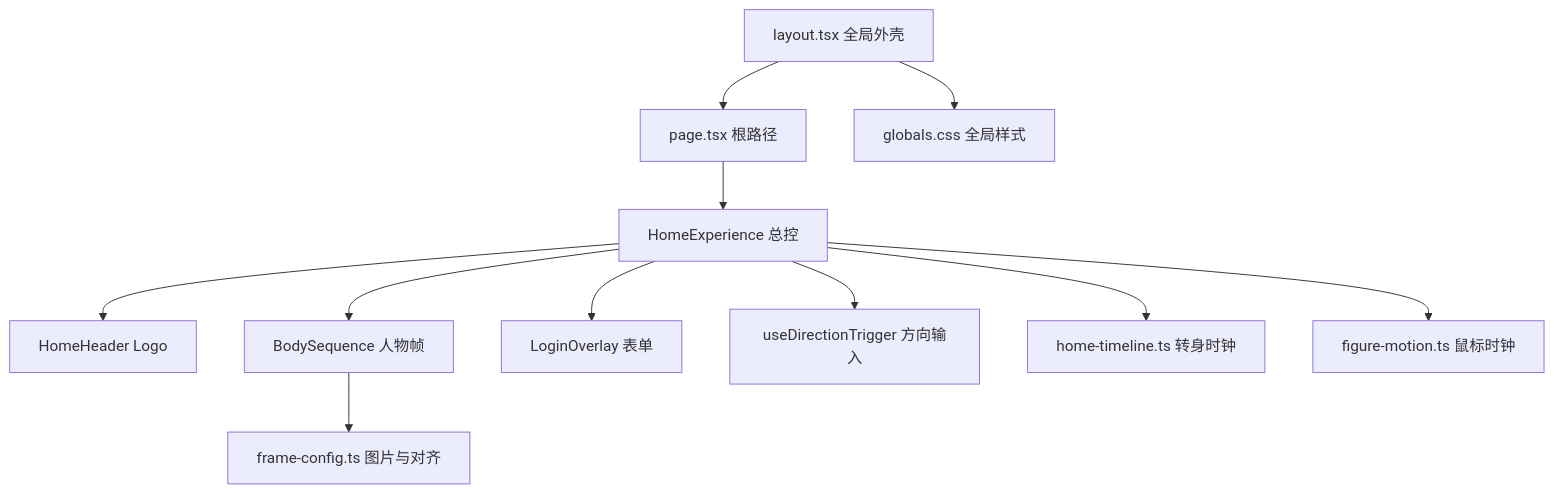
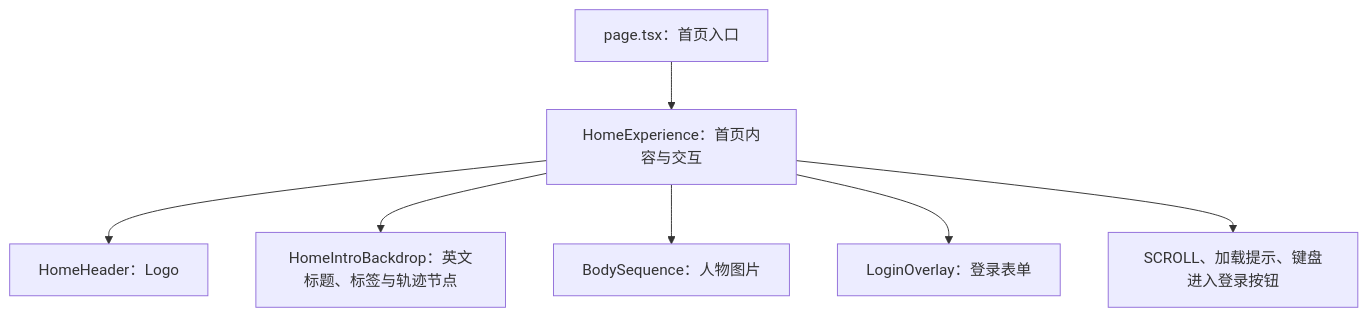
Before and after one commit to Obl1vion31/Formward: the diagram in docs/code-study.md, drawn with Mermaid. The commit also changed other lines of this file and 35 other files, not shown here.

````diff
--- a/docs/code-study.md
+++ b/docs/code-study.md
@@ -125,13 +97,9 @@
 ```mermaid
 flowchart TD
-  L[layout.tsx 全局外壳] --> P[page.tsx 根路径]
-  L --> C[globals.css 全局样式]
-  P --> H[HomeExperience 总控]
-  H --> HH[HomeHeader Logo]
-  H --> B[BodySequence 人物帧]
-  H --> LO[LoginOverlay 表单]
-  B --> F[frame-config.ts 图片与对齐]
-  H --> D[useDirectionTrigger 方向输入]
-  H --> T[home-timeline.ts 转身时钟]
-  H --> M[figure-motion.ts 鼠标时钟]
+  P[page.tsx：首页入口] --> H[HomeExperience：首页内容与交互]
+  H --> HH[HomeHeader：Logo]
+  H --> I[HomeIntroBackdrop：英文标题、标签与轨迹节点]
+  H --> B[BodySequence：人物图片]
+  H --> L[LoginOverlay：登录表单]
+  H --> S[SCROLL、加载提示、键盘进入登录按钮]
 ```
````
